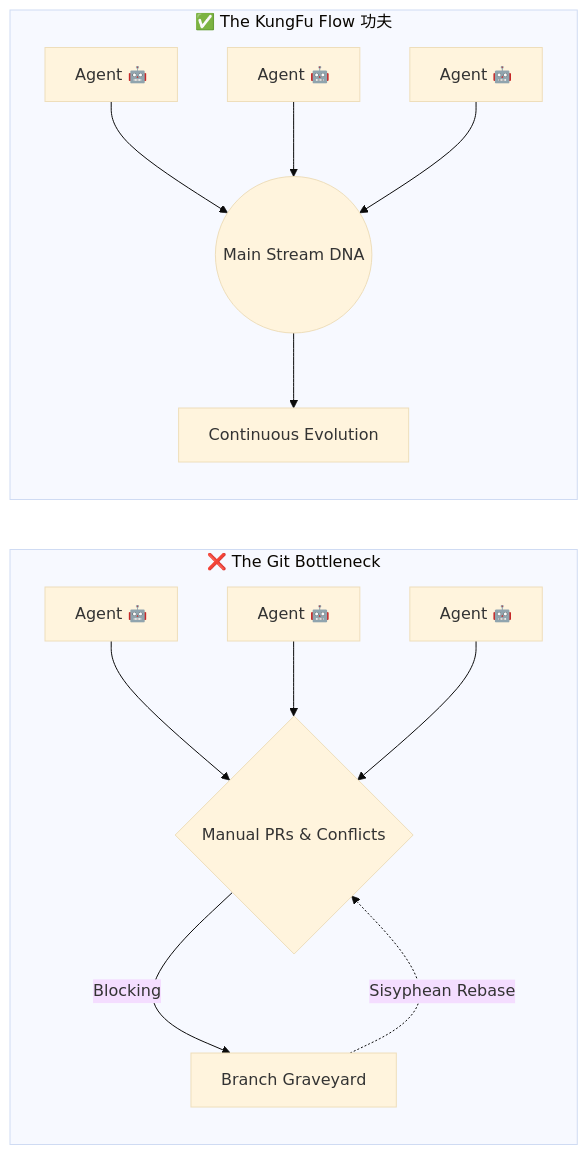
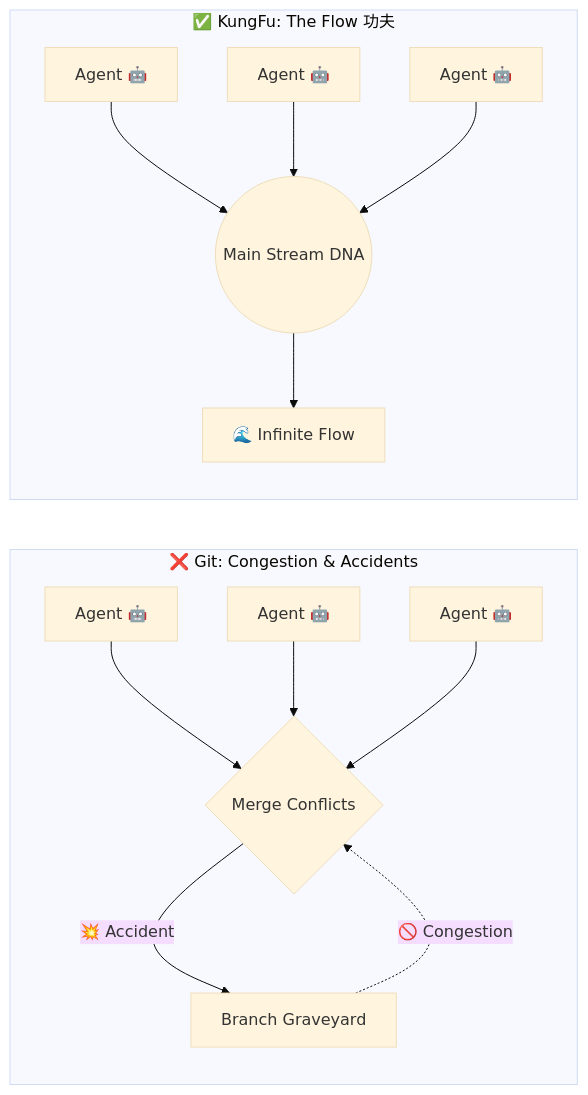
The first of 4 diagrams in README.md (k8nstantin/kungfu), drawn with Mermaid (base theme) before and after one commit. The commit also changed other lines of this file, not shown here.

Commit message:
docs: refine diagram with 'Congestion & Accidents' vs 'Flow'

````diff
--- a/README.md
+++ b/README.md
@@ -11,19 +11,19 @@
 ```mermaid
 graph LR
-    subgraph Git [❌ The Git Bottleneck]
+    subgraph Git [❌ Git: Congestion & Accidents]
         direction TB
-        A1[Agent 🤖] --> B{Manual PRs & Conflicts}
+        A1[Agent 🤖] --> B{Merge Conflicts}
         A2[Agent 🤖] --> B
         A3[Agent 🤖] --> B
-        B -->|Blocking| C[Branch Graveyard]
-        C -.->|Sisyphean Rebase| B
+        B -->|💥 Accident| C[Branch Graveyard]
+        C -.->|🚫 Congestion| B
     end
 
-    subgraph KF [✅ The KungFu Flow 功夫]
+    subgraph KF [✅ KungFu: The Flow 功夫]
         direction TB
         K1[Agent 🤖] --> S((Main Stream DNA))
         K2[Agent 🤖] --> S
         K3[Agent 🤖] --> S
-        S --> E[Continuous Evolution]
+        S --> E[🌊 Infinite Flow]
     end
 ```
````
